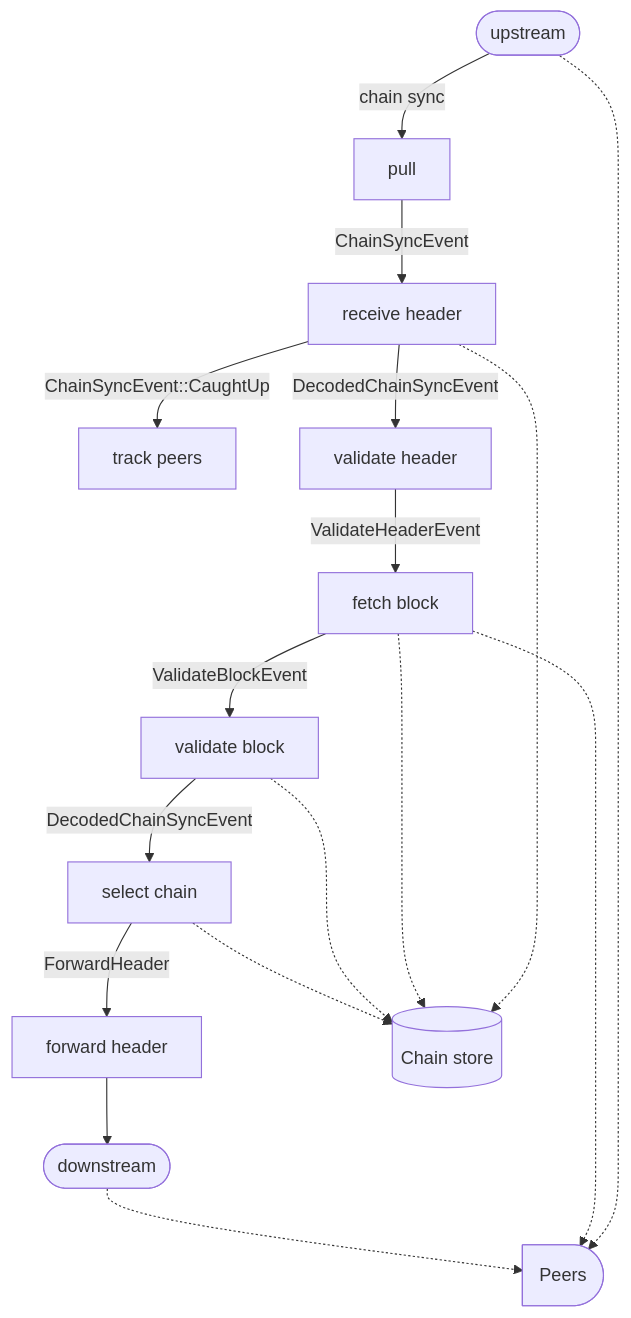
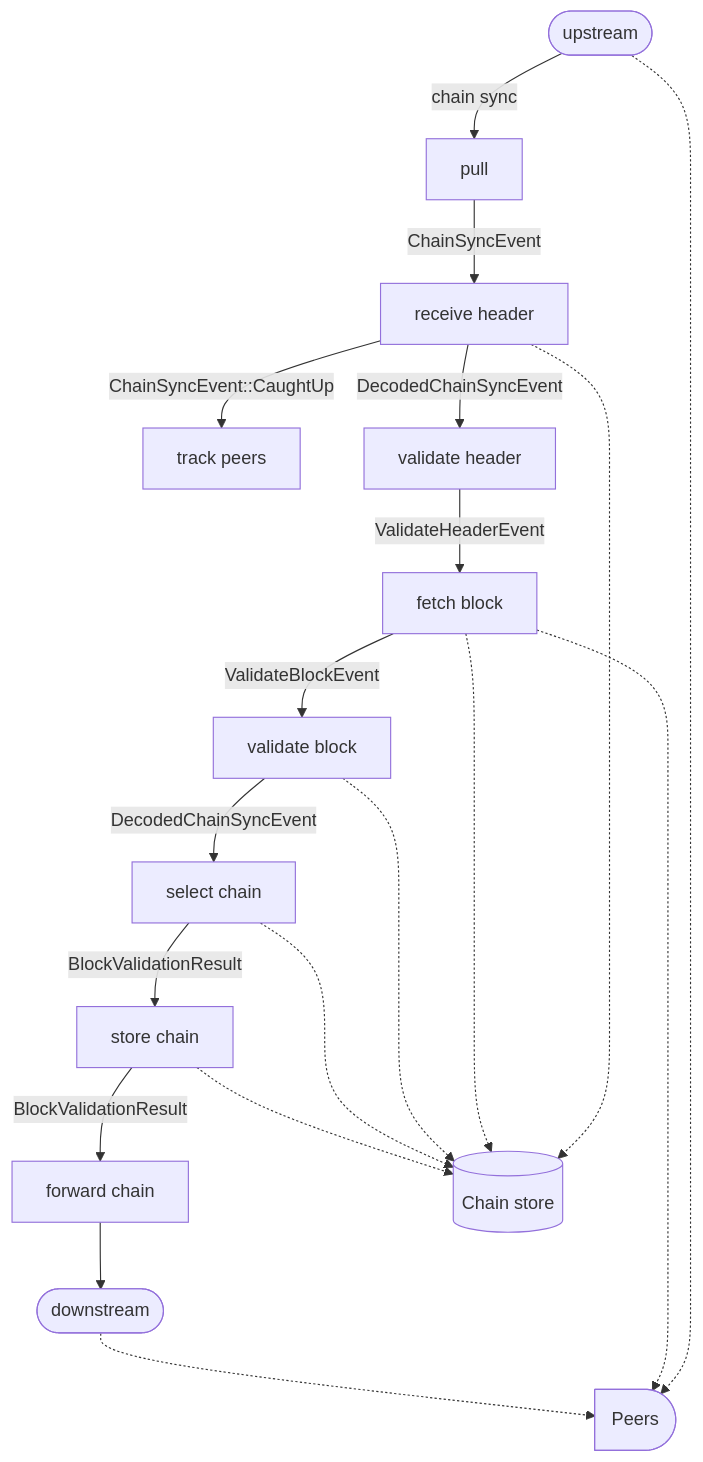
Before and after one commit to pragma-org/amaru: the first of 2 diagrams in crates/amaru-consensus/README.md, drawn with Mermaid. The commit also changed 3 other files, not shown here.

Commit message:
feat: introduce dummy store_chain stage

````diff
--- a/crates/amaru-consensus/README.md
+++ b/crates/amaru-consensus/README.md
@@ -7,37 +7,41 @@
 ```mermaid
 graph TD
     receive_header[receive header]
     track_peers[track peers]
     validate_header[validate header]
     fetch_block[fetch block]
     validate_block[validate block]
     select_chain[select chain]
-    forward_header[forward header]
+    store_chain[store chain]
+    forward_chain[forward chain]
 
     downstream([downstream])
     store@{ shape: cyl, label: "Chain store" }
     net@{ shape: delay, label: "Peers" }
 
     upstream([upstream]) -.-> net
     upstream -- chain sync --> pull
     pull -- ChainSyncEvent --> receive_header
 
     receive_header -- DecodedChainSyncEvent --> validate_header
     receive_header -- ChainSyncEvent::CaughtUp --> track_peers
     receive_header -.-> store
 
     validate_header -- ValidateHeaderEvent --> fetch_block
 
     fetch_block -- ValidateBlockEvent --> validate_block
     fetch_block -.-> net
     fetch_block -.-> store
 
     validate_block -.-> store
     validate_block -- DecodedChainSyncEvent --> select_chain
 
     select_chain -.-> store
-    select_chain -- ForwardHeader --> forward_header
+    select_chain -- BlockValidationResult --> store_chain
 
-    forward_header --> downstream
+    store_chain -.-> store
+    store_chain -- BlockValidationResult --> forward_chain
+
+    forward_chain --> downstream
     downstream -.-> net
 ```
````
